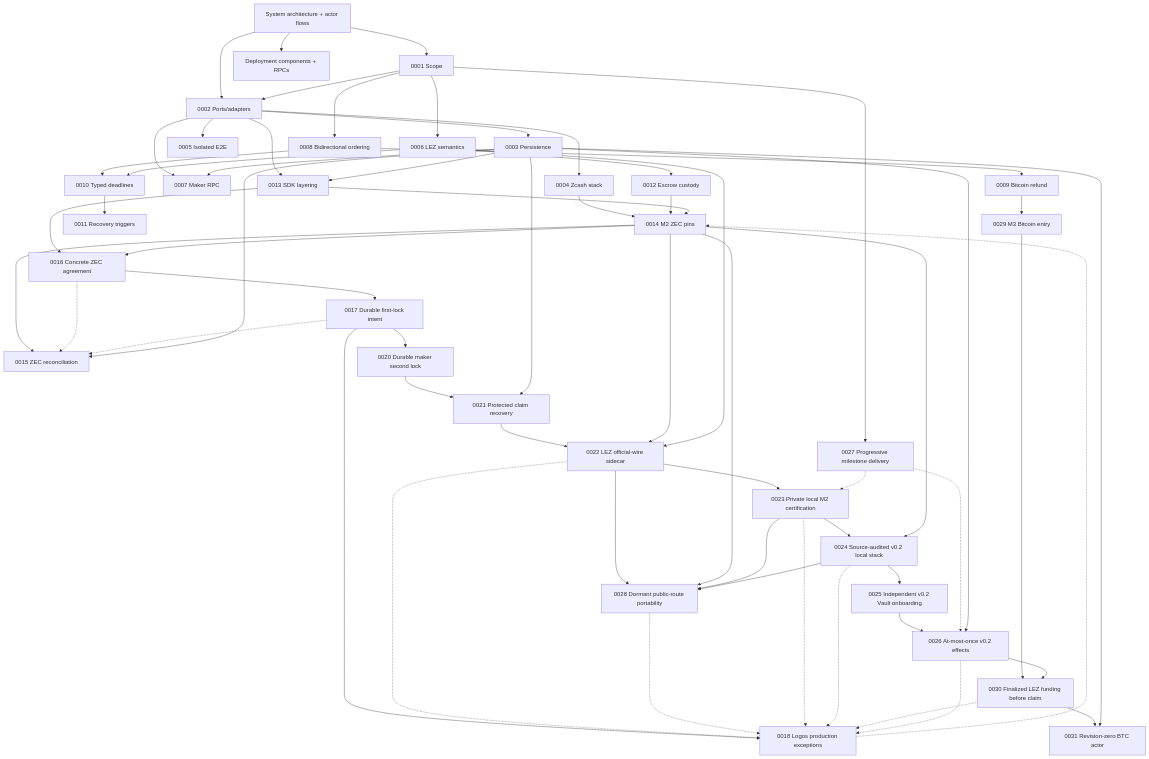
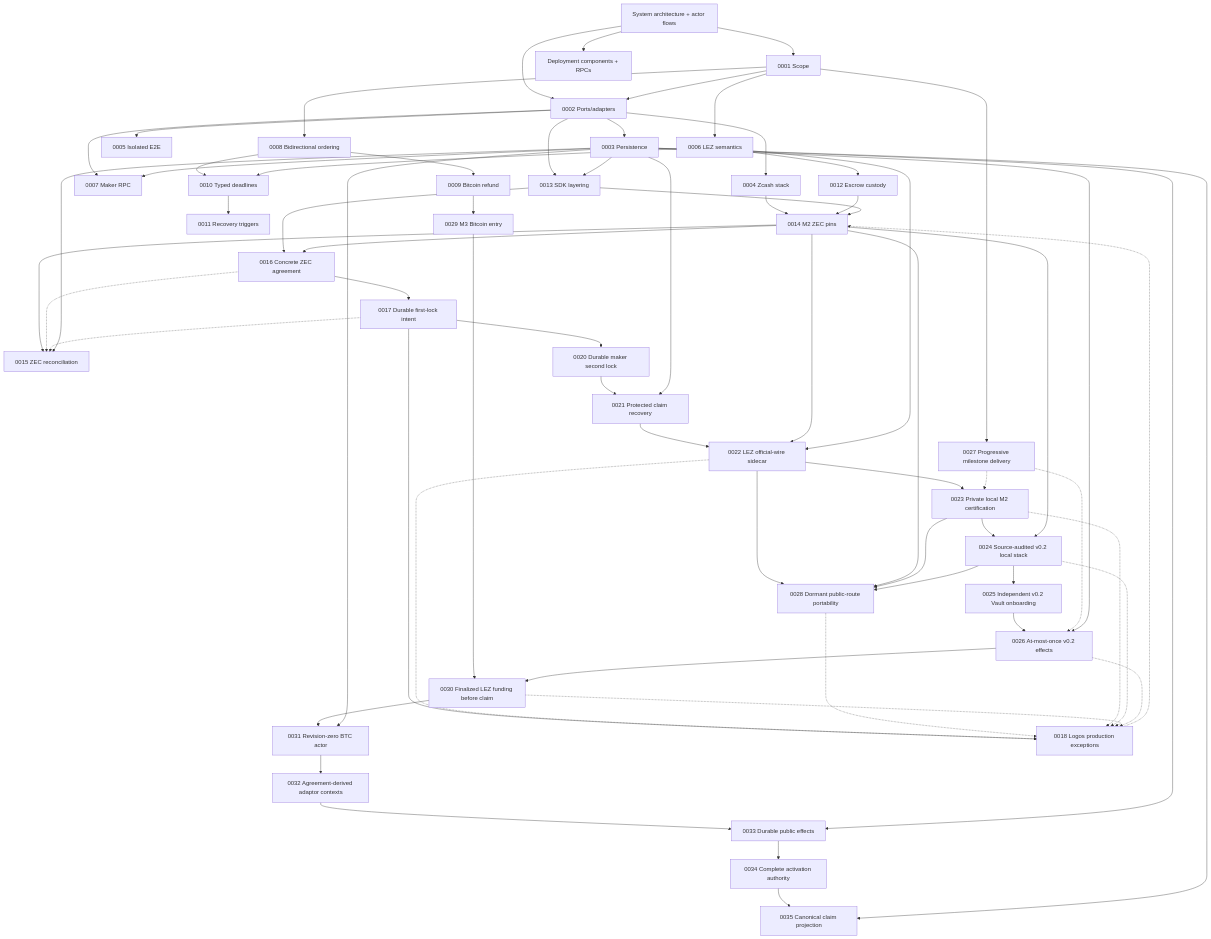
Before and after one commit to gateway-fm/lez-atomic-swaps: the diagram in docs/architecture/README.md, drawn with Mermaid. The commit also changed other lines of this file and 4 other files, not shown here.

````diff
--- a/docs/architecture/README.md
+++ b/docs/architecture/README.md
@@ -27,63 +27,69 @@
 ```mermaid
 flowchart TB
     System["System architecture + actor flows"] --> Scope["0001 Scope"]
     System --> Deployment["Deployment components + RPCs"]
     System --> Ports["0002 Ports/adapters"]
     Scope --> Ports
     Ports --> Persistence["0003 Persistence"]
     Ports --> Zcash["0004 Zcash stack"]
     Ports --> Docker["0005 Isolated E2E"]
     Scope --> LEZ["0006 LEZ semantics"]
     Ports --> RPC["0007 Maker RPC"]
     Scope --> Direction["0008 Bidirectional ordering"]
     Direction --> Bitcoin["0009 Bitcoin refund"]
     Bitcoin --> BitcoinEntry["0029 M3 Bitcoin entry"]
     BitcoinEntry --> FinalizedFunding["0030 Finalized LEZ funding before claim"]
     FinalizedFunding --> BtcActor["0031 Revision-zero BTC actor"]
+    BtcActor --> Contexts["0032 Agreement-derived adaptor contexts"]
+    Contexts --> PublicEffects["0033 Durable public effects"]
+    PublicEffects --> ActivationGate["0034 Complete activation authority"]
+    ActivationGate --> ClaimProjection["0035 Canonical claim projection"]
     Direction --> Deadlines["0010 Typed deadlines"]
     LEZ --> Deadlines
     Deadlines --> Recovery["0011 Recovery triggers"]
     LEZ --> Custody["0012 Escrow custody"]
     Ports --> SDK["0013 SDK layering"]
     Zcash --> ZecPins["0014 M2 ZEC pins"]
     Custody --> ZecPins
     SDK --> ZecPins
     ZecPins --> ZecReconcile["0015 ZEC reconciliation"]
     SDK --> Agreement["0016 Concrete ZEC agreement"]
     Agreement --> FirstLock["0017 Durable first-lock intent"]
     FirstLock --> MakerLock["0020 Durable maker second lock"]
     MakerLock --> ClaimRecovery["0021 Protected claim recovery"]
     ClaimRecovery --> LezSidecar["0022 LEZ official-wire sidecar"]
     LezSidecar --> LocalM2["0023 Private local M2 certification"]
     LezSidecar --> PublicRoutes["0028 Dormant public-route portability"]
     ZecPins --> PublicRoutes
     LocalM2 --> PublicRoutes
     LocalM2 --> LocalStack["0024 Source-audited v0.2 local stack"]
     ZecPins --> LocalStack
     LocalStack --> PublicRoutes
     LocalStack --> VaultActors["0025 Independent v0.2 Vault onboarding"]
     VaultActors --> V02Effects["0026 At-most-once v0.2 effects"]
     Scope --> Progressive["0027 Progressive milestone delivery"]
     Progressive -.-> LocalM2
     Progressive -.-> V02Effects
     ZecPins --> LezSidecar
     LEZ --> LezSidecar
     ZecPins --> Agreement
     Agreement -.-> ZecReconcile
     FirstLock -.-> ZecReconcile
     FirstLock --> Upstream["0018 Logos production exceptions"]
     Upstream -.-> ZecPins
     Persistence --> ZecReconcile
     Persistence --> SDK
     Persistence --> RPC
     Persistence --> ClaimRecovery
     Persistence --> V02Effects
     Persistence --> BtcActor
+    Persistence --> PublicEffects
+    Persistence --> ClaimProjection
     LezSidecar -.-> Upstream
     PublicRoutes -.-> Upstream
     LocalM2 -.-> Upstream
     LocalStack -.-> Upstream
     V02Effects --> FinalizedFunding
     FinalizedFunding -.-> Upstream
     V02Effects -.-> Upstream
 ```
````
